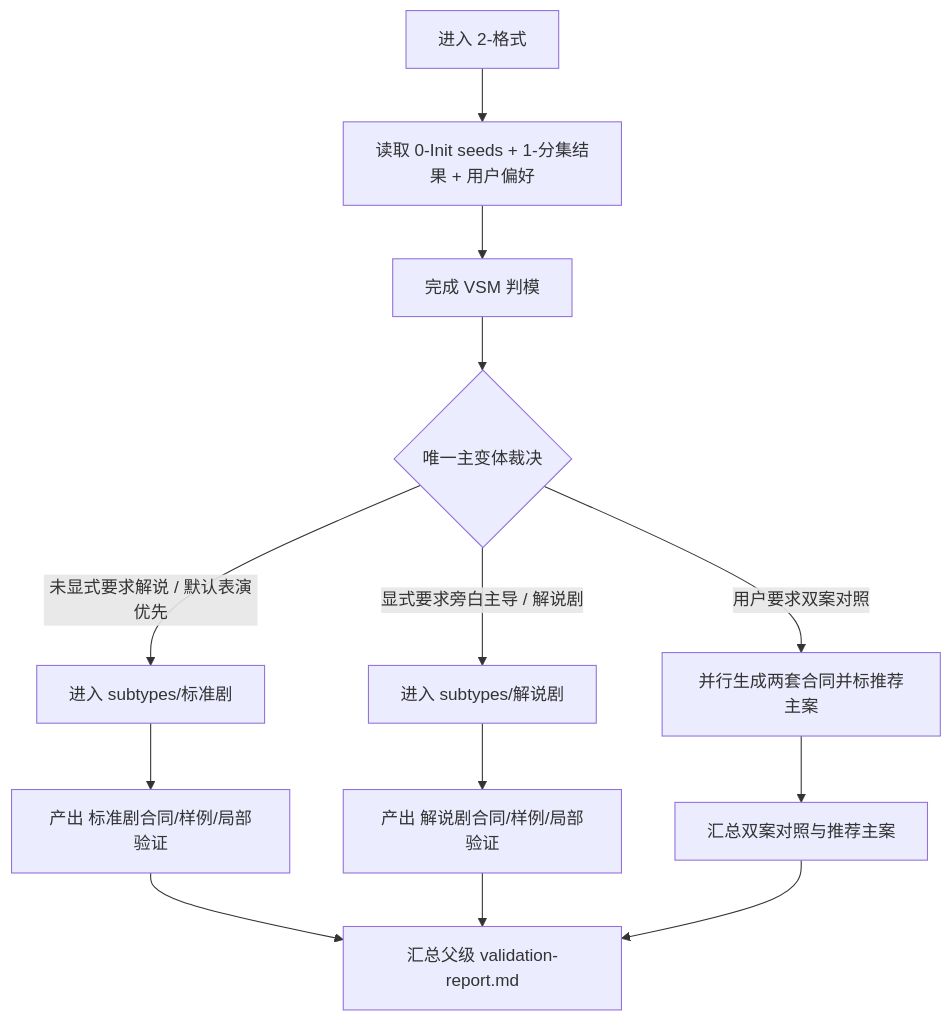
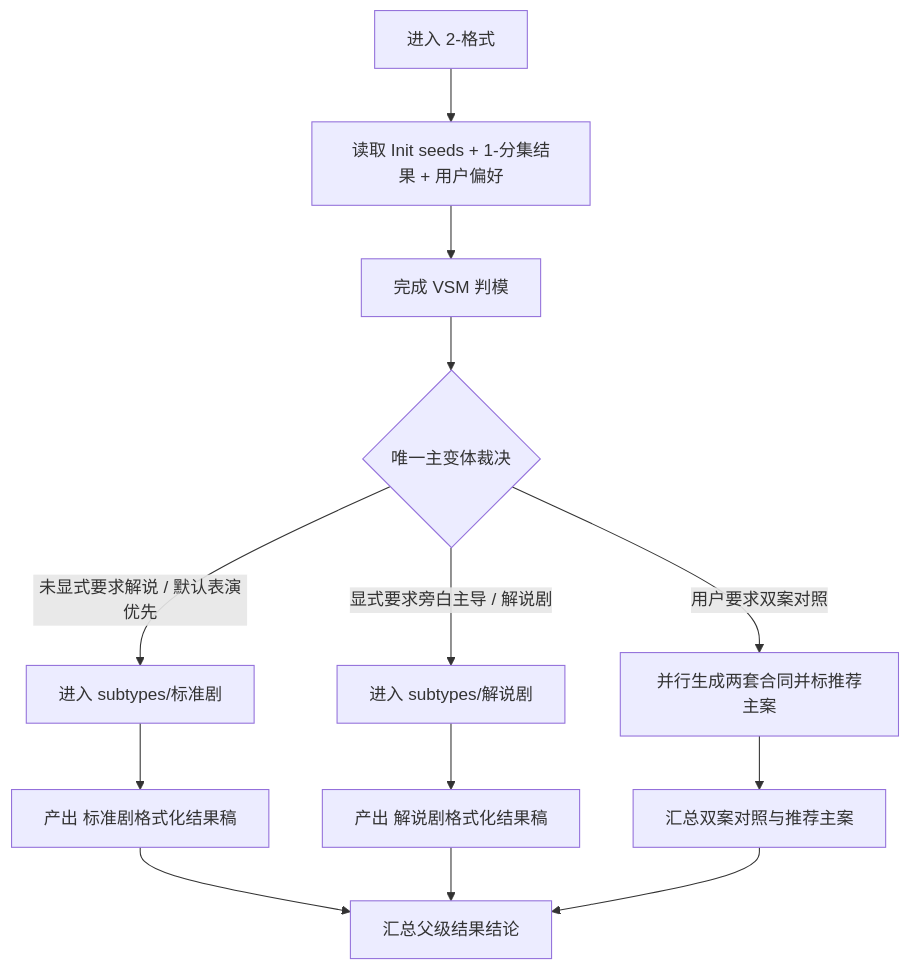
Before and after one commit to ZEN-VOID/AI-CUT: the first of 2 diagrams in .agents/skills/aigc/1-规划/subtypes/2-格式/SKILL.md, drawn with Mermaid. The commit also changed other lines of this file and 54 other files, not shown here.

````diff
--- a/.agents/skills/aigc/1-规划/subtypes/2-格式/SKILL.md
+++ b/.agents/skills/aigc/1-规划/subtypes/2-格式/SKILL.md
@@ -67,15 +67,15 @@
 ```mermaid
 flowchart TD
-    A["进入 2-格式"] --> B["读取 0-Init seeds + 1-分集结果 + 用户偏好"]
+    A["进入 2-格式"] --> B["读取 Init seeds + 1-分集结果 + 用户偏好"]
     B --> C["完成 VSM 判模"]
     C --> D{"唯一主变体裁决"}
     D -->|"未显式要求解说 / 默认表演优先"| E["进入 subtypes/标准剧"]
     D -->|"显式要求旁白主导 / 解说剧"| F["进入 subtypes/解说剧"]
     D -->|"用户要求双案对照"| G["并行生成两套合同并标推荐主案"]
-    E --> H["产出 标准剧合同/样例/局部验证"]
-    F --> I["产出 解说剧合同/样例/局部验证"]
+    E --> H["产出 标准剧格式化结果稿"]
+    F --> I["产出 解说剧格式化结果稿"]
     G --> J["汇总双案对照与推荐主案"]
-    H --> K["汇总父级 validation-report.md"]
+    H --> K["汇总父级结果结论"]
     I --> K
     J --> K
 ```
````
